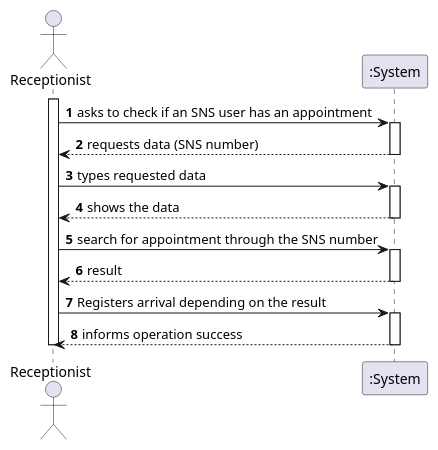
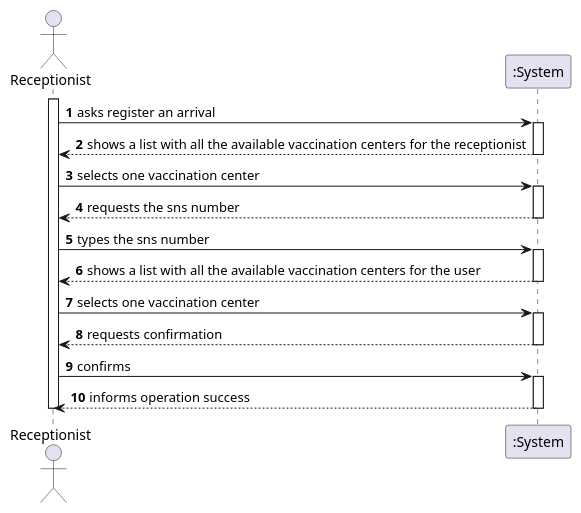
One commit to Pirussa/lei-22-s2-1da-g02 changed the diagram in docs/SprintC/US004/US004_SSD.puml. Above: the diagram before and after it, drawn with PlantUML. The commit also changed 11 other files, not shown here.

Commit message:
US004 - Design - Changes and improvements on all the diagrams Implementation - Change method checkIfAlreadyRegistered from the Arrival class to the VaccinationCenter.

```diff
--- a/docs/SprintC/US004/US004_SSD.puml
+++ b/docs/SprintC/US004/US004_SSD.puml
@@ -1,29 +1,34 @@
 @startuml
 autonumber
 actor "Receptionist" as R
 
 activate R
 
-R -> ":System" : asks to check if an SNS user has an appointment
+R -> ":System" : asks register an arrival
 activate ":System"
-":System" --> R : requests data (SNS number)
+":System" --> R : shows a list with all the available vaccination centers for the receptionist
 deactivate ":System"
 
-R -> ":System" : types requested data
+R -> ":System" : selects one vaccination center
 activate ":System"
-":System" --> R : shows the data
+":System" --> R : requests the sns number
 deactivate ":System"
 
-R -> ":System" : search for appointment through the SNS number
+R -> ":System" : types the sns number
 activate ":System"
-":System" --> R : result
+":System" --> R : shows a list with all the available vaccination centers for the user
 deactivate ":System"
 
-R -> ":System" : Registers arrival depending on the result
+R -> ":System" : selects one vaccination center
+activate ":System"
+":System" --> R : requests confirmation
+deactivate ":System"
+
+R -> ":System" : confirms
 activate ":System"
 ":System" --> R : informs operation success
 deactivate ":System"
 
 deactivate R
 
 @enduml
```
